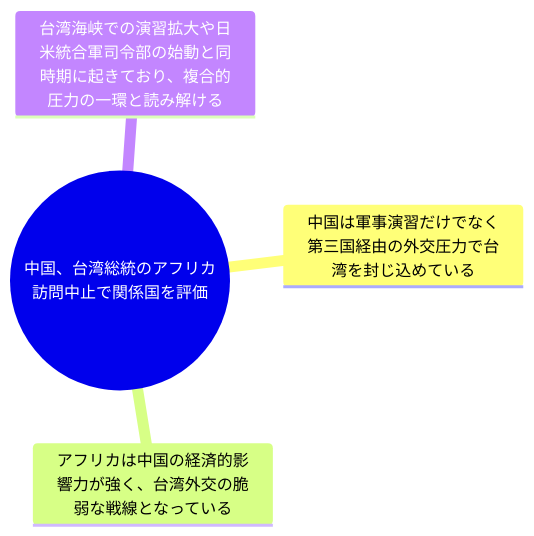
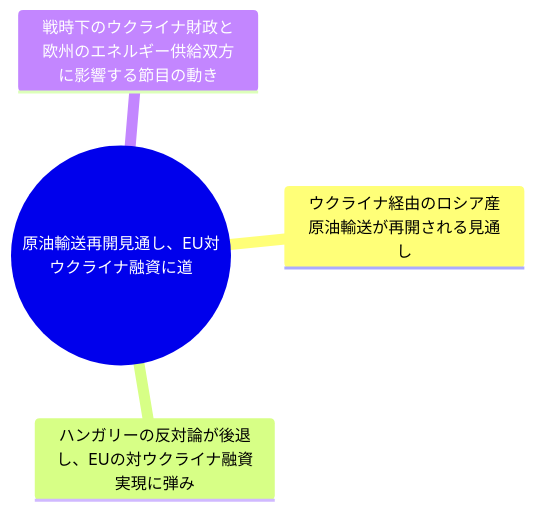
Diagram 15 of 20 in docs/reports/2026-04-23.md (YUUUyutaro/tiseigaku), drawn with Mermaid before and after one commit. The commit also changed other lines of this file and 3 other files, not shown here.

````diff
--- a/docs/reports/2026-04-23.md
+++ b/docs/reports/2026-04-23.md
@@ -300,7 +289,7 @@
 ```mermaid
 mindmap
-  root((中国、台湾総統のアフリカ訪問中止で関係国を評価))
-    中国は軍事演習だけでなく第三国経由の外交圧力で台湾を封じ込めている
-    アフリカは中国の経済的影響力が強く、台湾外交の脆弱な戦線となっている
-    台湾海峡での演習拡大や日米統合軍司令部の始動と同時期に起きており、複合的圧力の一環と読み解ける
+  root((原油輸送再開見通し、EU対ウクライナ融資に道))
+    ウクライナ経由のロシア産原油輸送が再開される見通し
+    ハンガリーの反対論が後退し、EUの対ウクライナ融資実現に弾み
+    戦時下のウクライナ財政と欧州のエネルギー供給双方に影響する節目の動き
 ```
````
